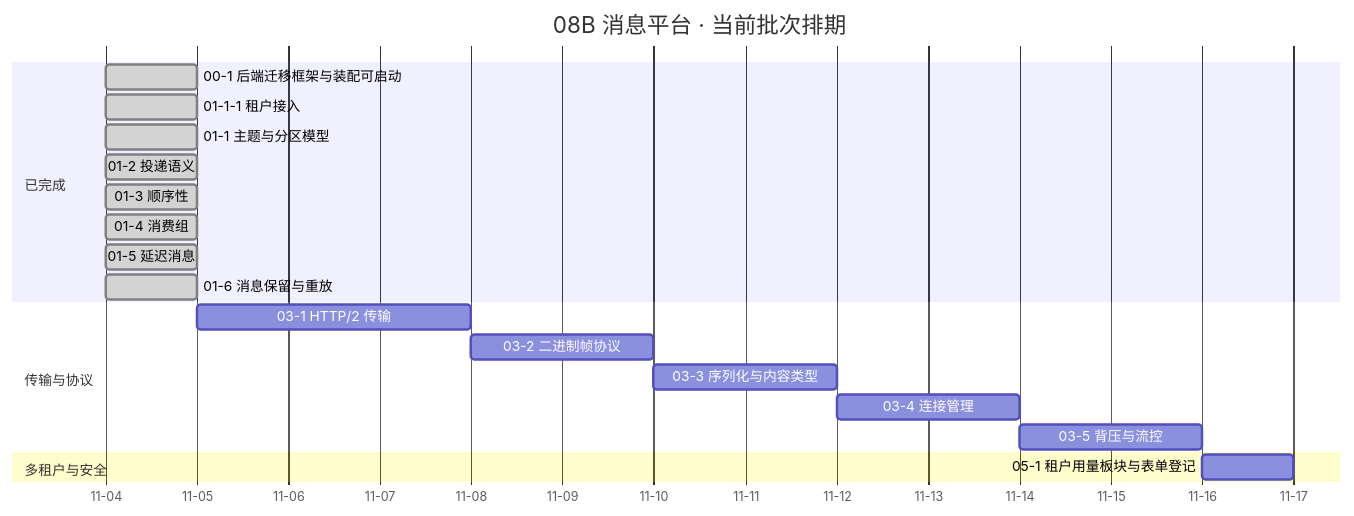
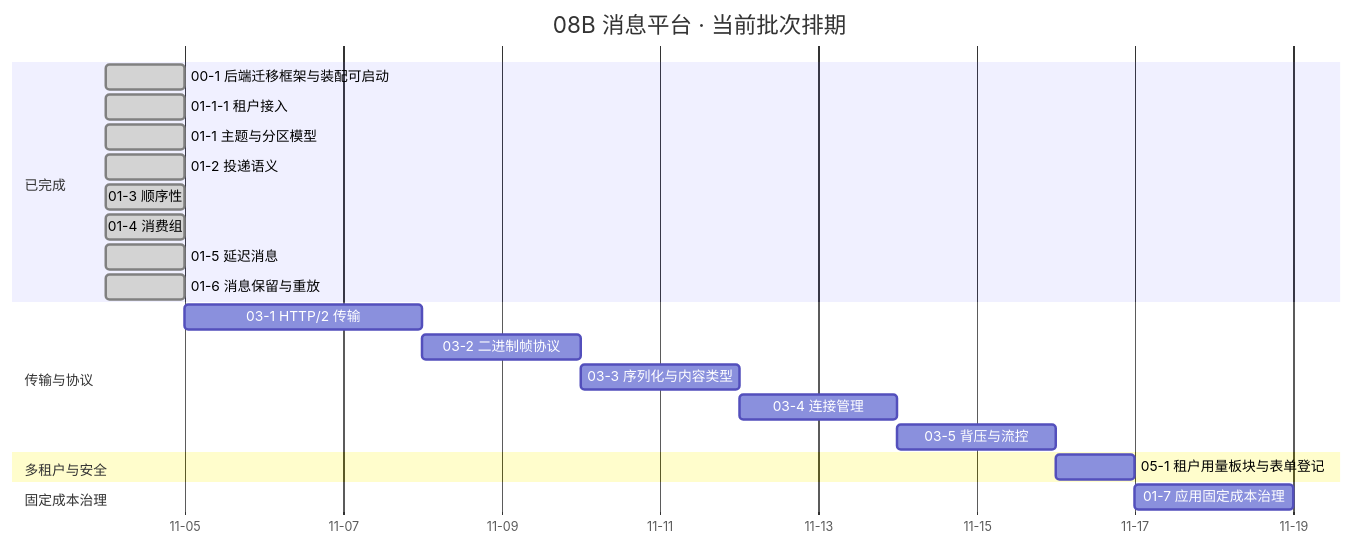
The diagram in msg文档/项目/08B_消息平台/计划/01_计划_消息平台.md (minjian123/message-platform), drawn with Mermaid before and after one commit. The commit also changed other lines of this file and 5 other files, not shown here.

````diff
--- a/msg文档/项目/08B_消息平台/计划/01_计划_消息平台.md
+++ b/msg文档/项目/08B_消息平台/计划/01_计划_消息平台.md
@@ -64,24 +65,26 @@
 ```mermaid
 gantt
     title 08B 消息平台 · 当前批次排期
     %% 任务域 02 全部为搁置行（待 8B_01 go/no-go / 8B_05），不入甘特
     dateFormat YYYY-MM-DD
     axisFormat %m-%d
     section 已完成
     00-1 后端迁移框架与装配可启动 :done, d001, 2026-11-04, 1d
     01-1-1 租户接入 :done, d0111, 2026-11-04, 1d
     01-1 主题与分区模型 :done, t011, 2026-11-04, 1d
     01-2 投递语义 :done, t012, 2026-11-04, 1d
     01-3 顺序性 :done, t013, 2026-11-04, 1d
     01-4 消费组 :done, t014, 2026-11-04, 1d
     01-5 延迟消息 :done, t015, 2026-11-04, 1d
     01-6 消息保留与重放 :done, t016, 2026-11-04, 1d
     section 传输与协议
     03-1 HTTP/2 传输 :t031, after t016, 3d
     03-2 二进制帧协议 :t032, after t031, 2d
     03-3 序列化与内容类型 :t033, after t032, 2d
     03-4 连接管理 :t034, after t033, 2d
     03-5 背压与流控 :t035, after t034, 2d
     section 多租户与安全
     05-1 租户用量板块与表单登记 :t051, after t035, 1d
+    section 固定成本治理
+    01-7 应用固定成本治理 :t017, after t051, 2d
 ```
````
